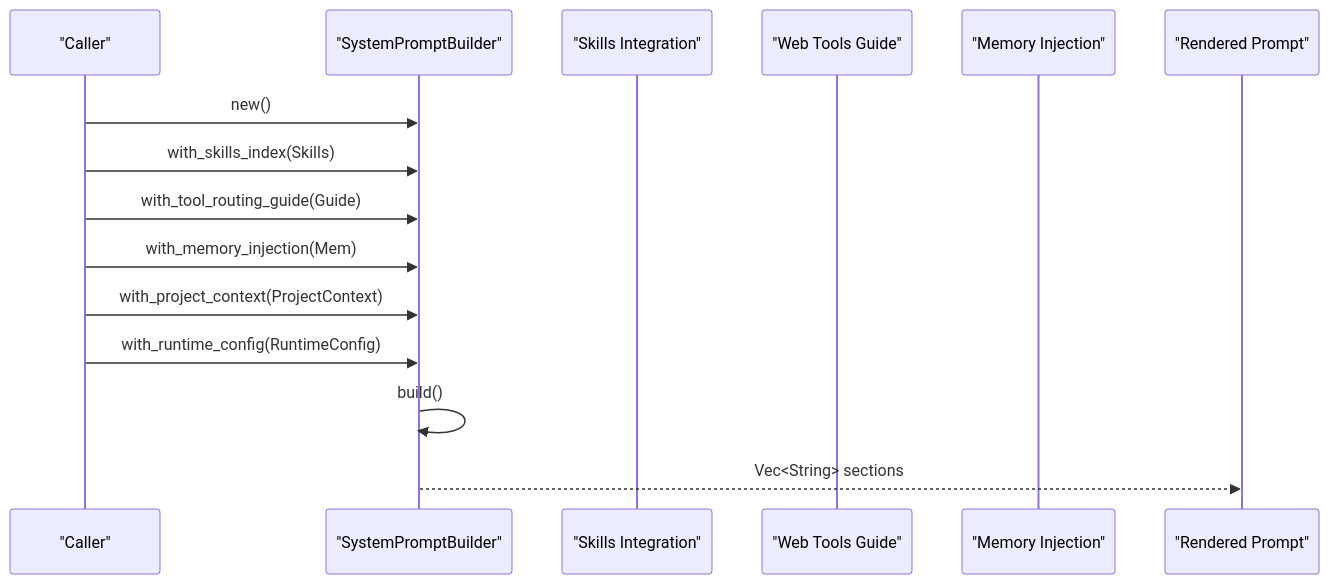
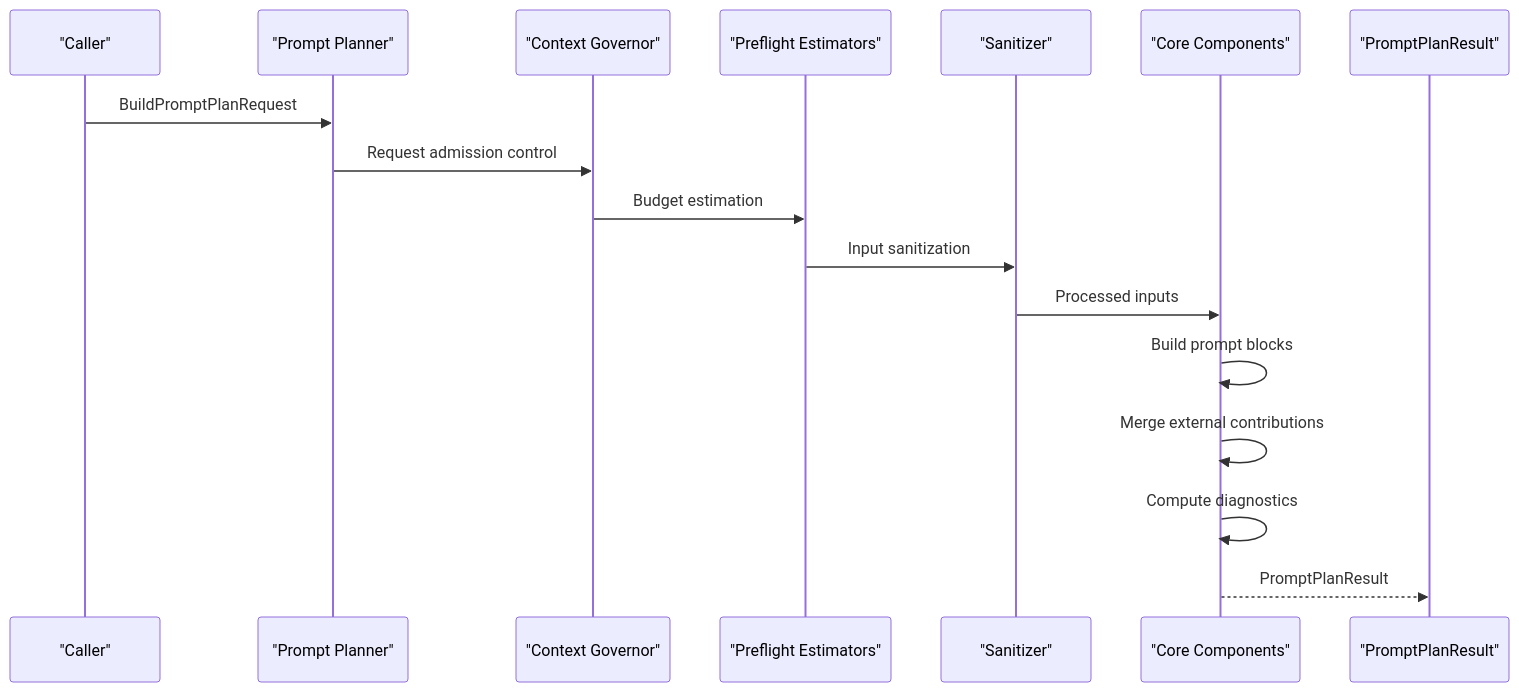
Before and after one commit to novolei/if2Ai: the second of 6 diagrams in .qoder/repowiki/en/content/Backend System (Rust)/Module Architecture & Design/Application Layer/Prompt Planner.md, drawn with Mermaid. The commit also changed other lines of this file and 124 other files, not shown here.

````diff
--- a/.qoder/repowiki/en/content/Backend System (Rust)/Module Architecture & Design/Application Layer/Prompt Planner.md
+++ b/.qoder/repowiki/en/content/Backend System (Rust)/Module Architecture & Design/Application Layer/Prompt Planner.md
@@ -119,17 +144,19 @@
 ```mermaid
 sequenceDiagram
 participant Caller as "Caller"
-participant Builder as "SystemPromptBuilder"
-participant Skills as "Skills Integration"
-participant Guide as "Web Tools Guide"
-participant Mem as "Memory Injection"
-participant Output as "Rendered Prompt"
-Caller->>Builder : new()
-Caller->>Builder : with_skills_index(Skills)
-Caller->>Builder : with_tool_routing_guide(Guide)
-Caller->>Builder : with_memory_injection(Mem)
-Caller->>Builder : with_project_context(ProjectContext)
-Caller->>Builder : with_runtime_config(RuntimeConfig)
-Builder->>Builder : build()
-Builder-->>Output : Vec<String> sections
+participant Planner as "Prompt Planner"
+participant Governor as "Context Governor"
+participant Preflight as "Preflight Estimators"
+participant Sanitizer as "Sanitizer"
+participant Core as "Core Components"
+participant Output as "PromptPlanResult"
+Caller->>Planner : BuildPromptPlanRequest
+Planner->>Governor : Request admission control
+Governor->>Preflight : Budget estimation
+Preflight->>Sanitizer : Input sanitization
+Sanitizer->>Core : Processed inputs
+Core->>Core : Build prompt blocks
+Core->>Core : Merge external contributions
+Core->>Core : Compute diagnostics
+Core-->>Output : PromptPlanResult
 ```
````
